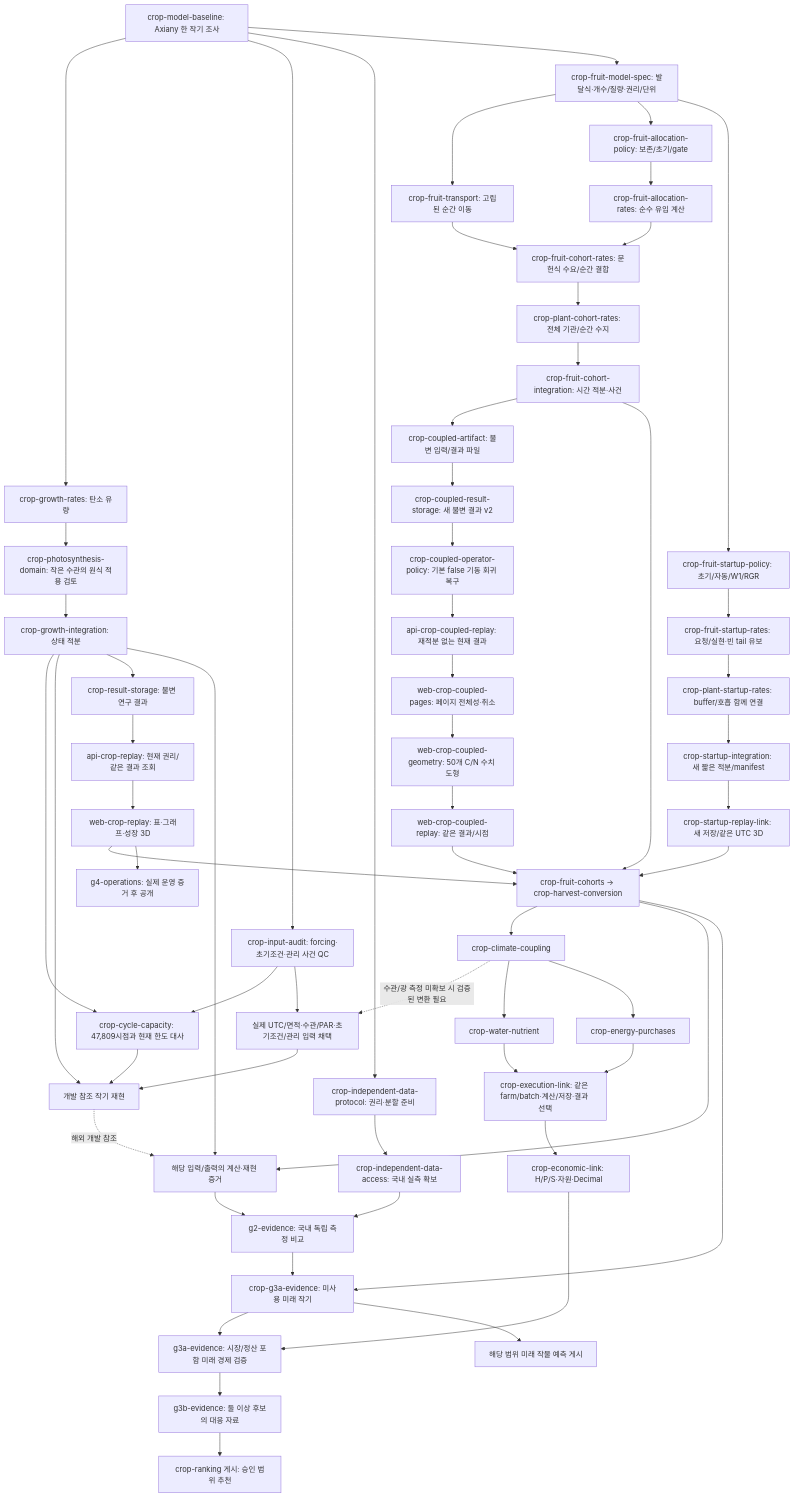
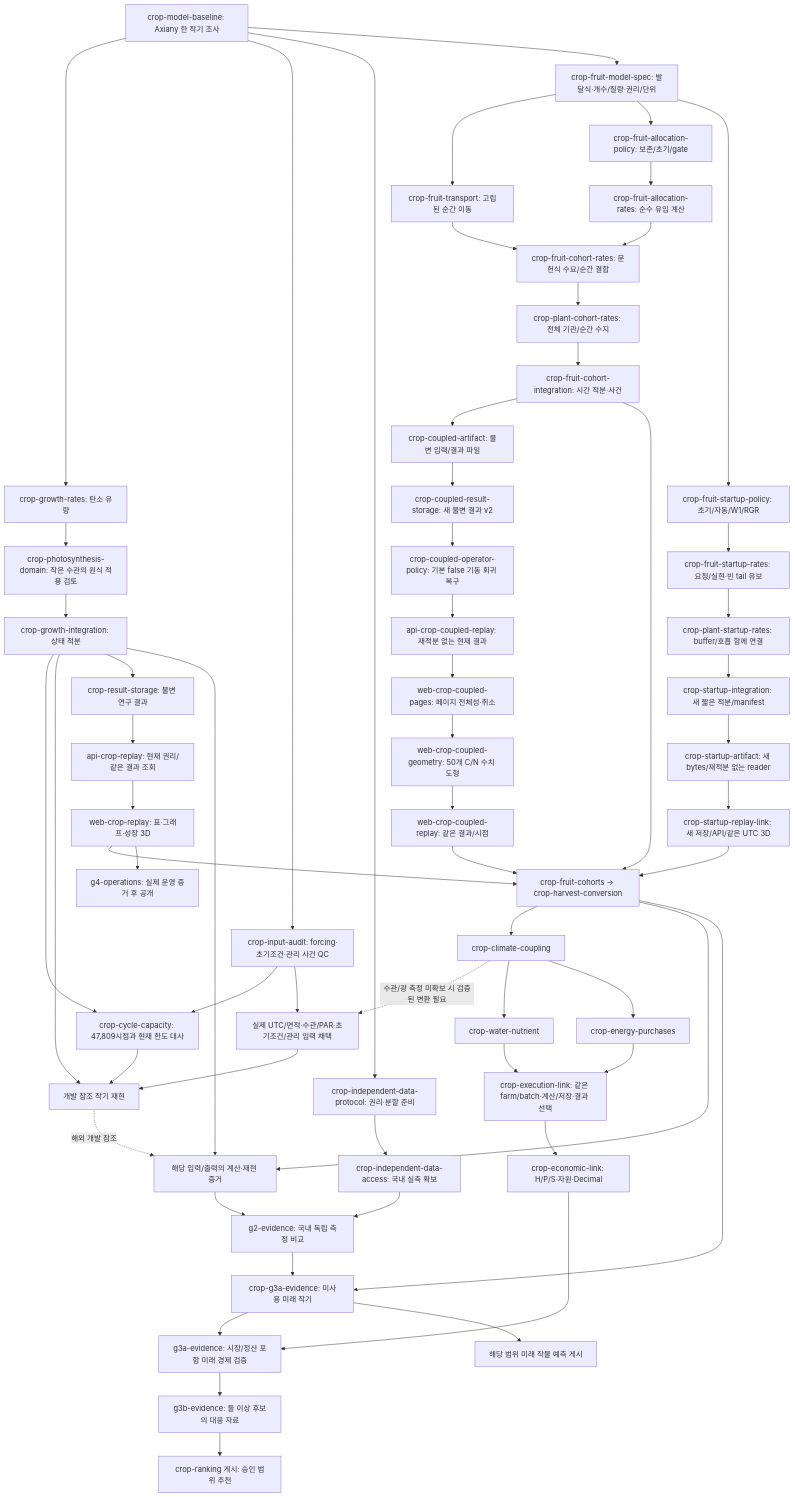
Before and after one commit to KIMSUNGHOON/OpenSmartFarmSim: the first of 2 diagrams in tasks/plan.md, drawn with Mermaid. The commit also changed other lines of this file and 8 other files, not shown here.

````diff
--- a/tasks/plan.md
+++ b/tasks/plan.md
@@ -63,62 +65,63 @@
 ```mermaid
 flowchart TD
   B["crop-model-baseline: Axiany 한 작기 조사"] --> R["crop-growth-rates: 탄소 유량"]
   B --> Q["crop-input-audit: forcing·초기조건·관리 사건 QC"]
   B --> AP["crop-independent-data-protocol: 권리·분할 준비"]
   AP --> A["crop-independent-data-access: 국내 실측 확보"]
   R --> D["crop-photosynthesis-domain: 작은 수관의 원식 적용 검토"]
   D --> I["crop-growth-integration: 상태 적분"]
   Q --> CAP["crop-cycle-capacity: 47,809시점과 현재 한도 대사"]
   I --> CAP
   CAP --> X["개발 참조 작기 재현"]
   Q --> AQ["실제 UTC/면적·수관/PAR·초기조건/관리 입력 채택"]
   AQ --> X
   I --> X
   I --> S["crop-result-storage: 불변 연구 결과"]
   S --> API["api-crop-replay: 현재 권리/같은 결과 조회"]
   API --> V["web-crop-replay: 표·그래프·성장 3D"]
   B --> FM["crop-fruit-model-spec: 발달식·개수/질량·권리/단위"]
   FM --> FT["crop-fruit-transport: 고립된 순간 이동"]
   FM --> FP["crop-fruit-allocation-policy: 보존/초기/gate"]
   FT --> CR["crop-fruit-cohort-rates: 문헌식 수요/순간 결합"]
   FP --> FA["crop-fruit-allocation-rates: 순수 유입 계산"]
   FA --> CR
   CR --> PC["crop-plant-cohort-rates: 전체 기관/순간 수지"]
   PC --> CI["crop-fruit-cohort-integration: 시간 적분·사건"]
   CI --> AF["crop-coupled-artifact: 불변 입력/결과 파일"]
   AF --> CS["crop-coupled-result-storage: 새 불변 결과 v2"]
   CS --> CP["crop-coupled-operator-policy: 기본 false 기동 회귀 복구"]
   CP --> CA["api-crop-coupled-replay: 재적분 없는 현재 결과"]
   CA --> WP["web-crop-coupled-pages: 페이지 전체성·취소"]
   WP --> WG["web-crop-coupled-geometry: 50개 C/N 수치 도형"]
   WG --> CV["web-crop-coupled-replay: 같은 결과/시점"]
   FM --> ST["crop-fruit-startup-policy: 초기/자동/W1/RGR"]
   ST --> SA["crop-fruit-startup-rates: 요청/실현·빈 tail 유보"]
   SA --> SC["crop-plant-startup-rates: buffer/호흡 함께 연결"]
   SC --> SI["crop-startup-integration: 새 짧은 적분/manifest"]
-  SI --> SL["crop-startup-replay-link: 새 저장/같은 UTC 3D"]
+  SI --> SF["crop-startup-artifact: 새 bytes/재적분 없는 reader"]
+  SF --> SL["crop-startup-replay-link: 새 저장/API/같은 UTC 3D"]
   CI --> F["crop-fruit-cohorts → crop-harvest-conversion"]
   SL --> F
   V --> F
   CV --> F
   F --> C["crop-climate-coupling"]
   C -. 수관/광 측정 미확보 시 검증된 변환 필요 .-> AQ
   C --> W["crop-water-nutrient"]
   C --> E["crop-energy-purchases"]
   W --> L["crop-execution-link: 같은 farm/batch·계산/저장·결과 선택"]
   E --> L
   L --> M["crop-economic-link: H/P/S·자원·Decimal"]
   A --> G2["g2-evidence: 국내 독립 측정 비교"]
   I --> CALC["해당 입력/출력의 계산·재현 증거"]
   F --> CALC
   X -. 해외 개발 참조 .-> CALC
   CALC --> G2
   G2 --> G3A["crop-g3a-evidence: 미사용 미래 작기"]
   F --> G3A
   M --> EC["g3a-evidence: 시장/정산 포함 미래 경제 검증"]
   G3A --> EC
   G3A --> P["해당 범위 미래 작물 예측 게시"]
   EC --> PAIR["g3b-evidence: 둘 이상 후보의 대응 자료"]
   PAIR --> REC["crop-ranking 게시: 승인 범위 추천"]
   V --> PUB["g4-operations: 실제 운영 증거 후 공개"]
 ```
````
